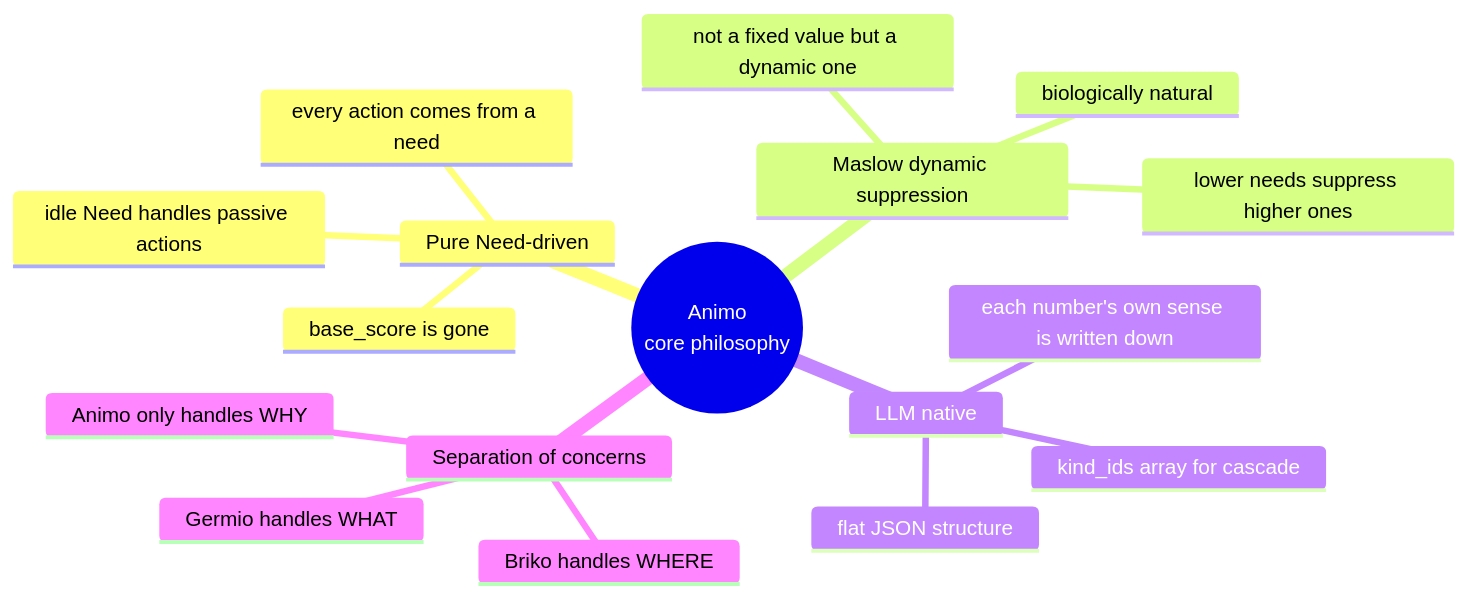
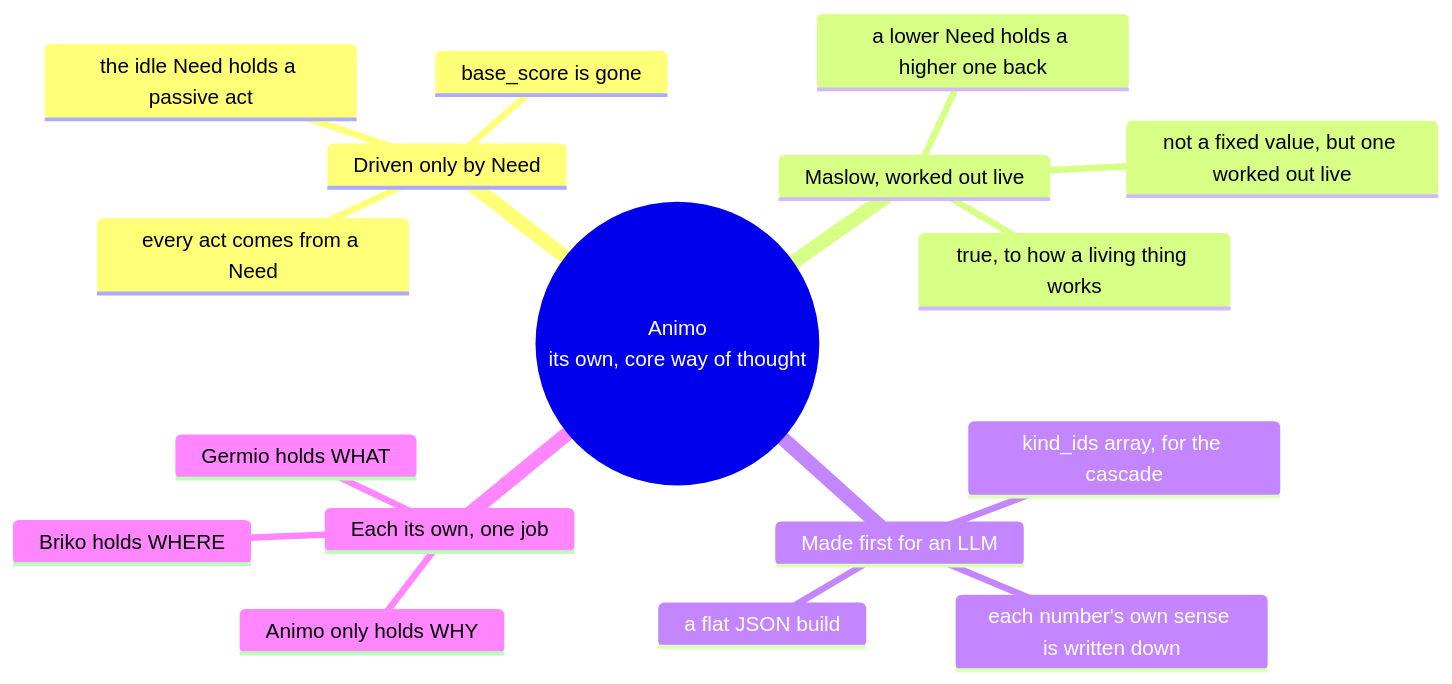
One commit to hiroxpepe/animo changed the fourth of 56 diagrams in docs/animo_spec.md. Above: the diagram before and after it, drawn with Mermaid. The commit also changed other lines of this file, not shown here.

Commit message:
fix: Update the mermaid diagram text to fit Basic English

````diff
--- a/docs/animo_spec.md
+++ b/docs/animo_spec.md
@@ -146,20 +146,20 @@
 ```mermaid
 mindmap
-  root((Animo<br/>core philosophy))
-    Pure Need-driven
-      every action comes from a need
+  root((Animo<br/>its own, core way of thought))
+    Driven only by Need
+      every act comes from a Need
       base_score is gone
-      idle Need handles passive actions
-    Maslow dynamic suppression
-      lower needs suppress higher ones
-      not a fixed value but a dynamic one
-      biologically natural
-    LLM native
-      flat JSON structure
-      kind_ids array for cascade
+      the idle Need holds a passive act
+    Maslow, worked out live
+      a lower Need holds a higher one back
+      not a fixed value, but one worked out live
+      true, to how a living thing works
+    Made first for an LLM
+      a flat JSON build
+      kind_ids array, for the cascade
       each number's own sense is written down
-    Separation of concerns
-      Animo only handles WHY
-      Germio handles WHAT
-      Briko handles WHERE
+    Each its own, one job
+      Animo only holds WHY
+      Germio holds WHAT
+      Briko holds WHERE
 ```
````
